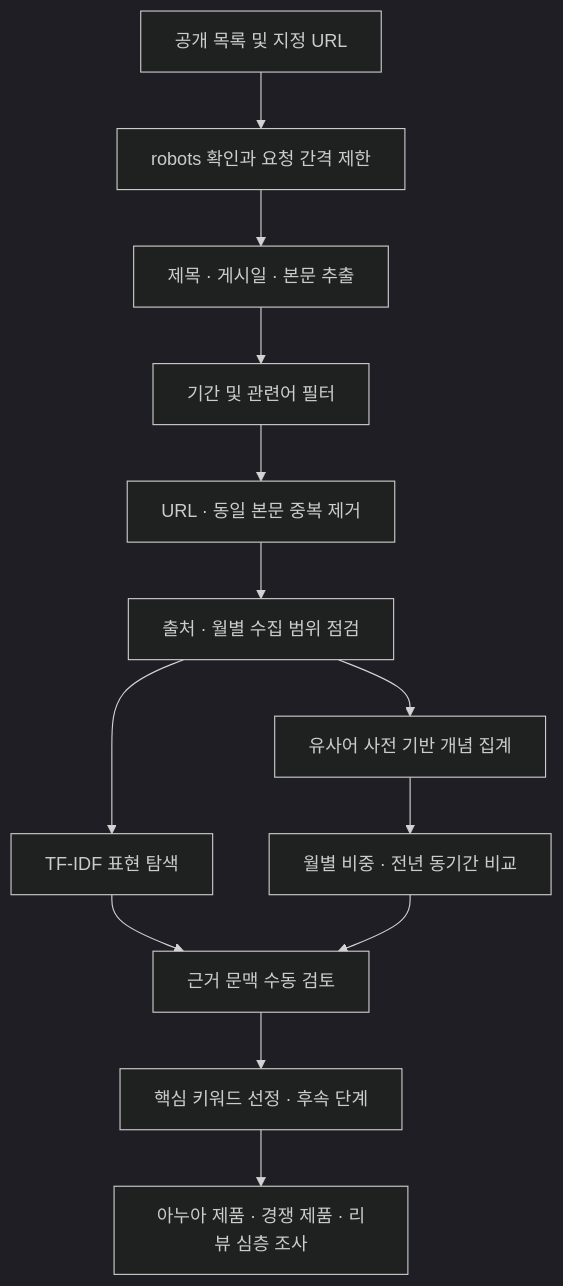
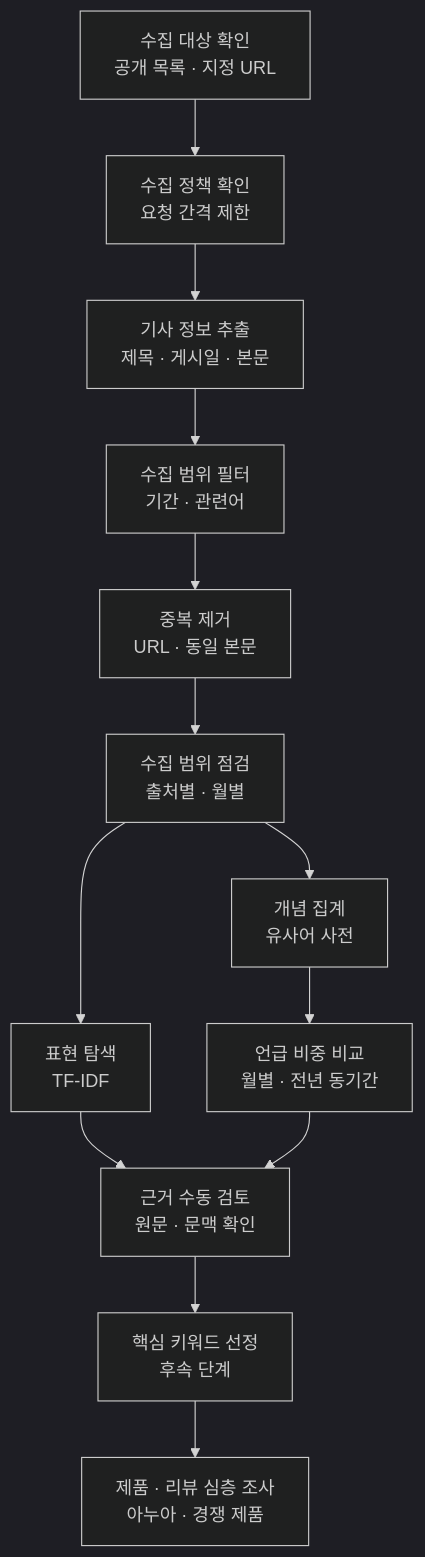
Before and after one commit to kimpiljun/kimpiljun: the diagram in projects/beauty-trend-analysis/README.md, drawn with Mermaid (dark theme).

Commit message:
Fix workflow diagram label wrapping

````diff
--- a/projects/beauty-trend-analysis/README.md
+++ b/projects/beauty-trend-analysis/README.md
@@ -74,15 +74,16 @@
 ```mermaid
+%%{init: {"flowchart": {"htmlLabels": false}}}%%
 flowchart TD
-    A[공개 목록 및 지정 URL] --> B[robots 확인과 요청 간격 제한]
-    B --> C[제목 · 게시일 · 본문 추출]
-    C --> D[기간 및 관련어 필터]
-    D --> E[URL · 동일 본문 중복 제거]
-    E --> F[출처 · 월별 수집 범위 점검]
-    F --> G[TF-IDF 표현 탐색]
-    F --> H[유사어 사전 기반 개념 집계]
-    H --> I[월별 비중 · 전년 동기간 비교]
-    G --> J[근거 문맥 수동 검토]
+    A["수집 대상 확인<br/>공개 목록 · 지정 URL"] --> B["수집 정책 확인<br/>요청 간격 제한"]
+    B --> C["기사 정보 추출<br/>제목 · 게시일 · 본문"]
+    C --> D["수집 범위 필터<br/>기간 · 관련어"]
+    D --> E["중복 제거<br/>URL · 동일 본문"]
+    E --> F["수집 범위 점검<br/>출처별 · 월별"]
+    F --> G["표현 탐색<br/>TF-IDF"]
+    F --> H["개념 집계<br/>유사어 사전"]
+    H --> I["언급 비중 비교<br/>월별 · 전년 동기간"]
+    G --> J["근거 수동 검토<br/>원문 · 문맥 확인"]
     I --> J
-    J --> K[핵심 키워드 선정 · 후속 단계]
-    K --> L[아누아 제품 · 경쟁 제품 · 리뷰 심층 조사]
+    J --> K["핵심 키워드 선정<br/>후속 단계"]
+    K --> L["제품 · 리뷰 심층 조사<br/>아누아 · 경쟁 제품"]
 ```
````
